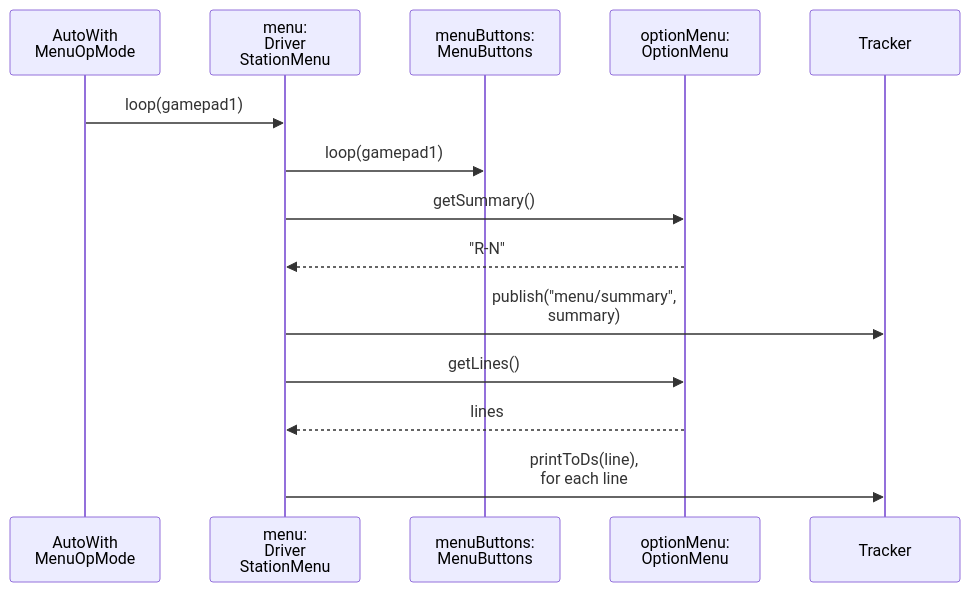
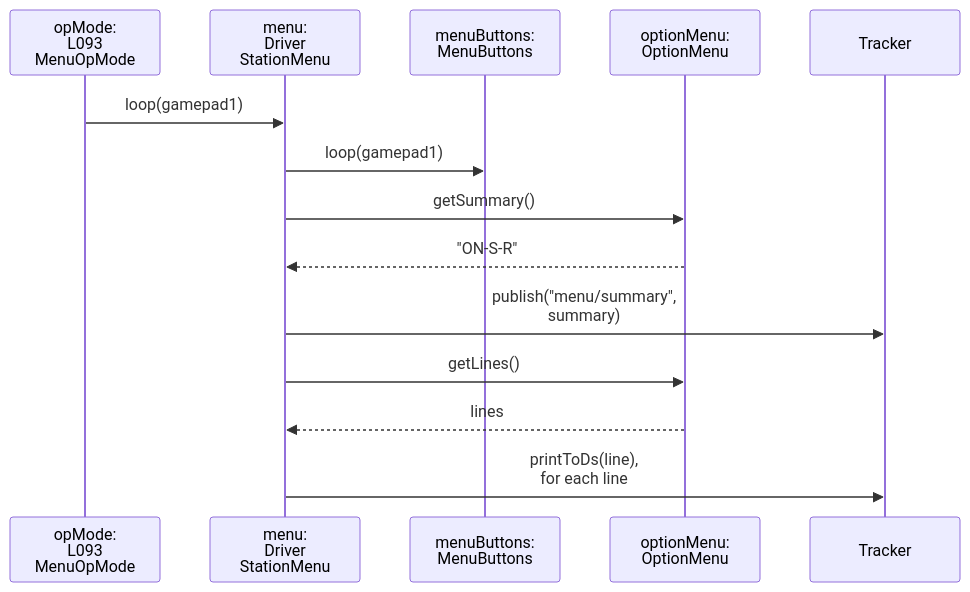
One commit to msb-stitt/ftc31459-26-27-biobuzz changed the diagram in book/tools/mermaid/fig-l093-ds-loop.mmd. Above: the diagram before and after it, drawn with Mermaid. The commit also changed 4 other files, not shown here.

Commit message:
WRITING.md: five rules from the audit of v0.3.0 to v0.4.0. L093's DriverStationMenu diagrams show L093MenuOpMode, not L135's AutoWithMenuOpMode, by the class diagram rule.

```diff
--- a/book/tools/mermaid/fig-l093-ds-loop.mmd
+++ b/book/tools/mermaid/fig-l093-ds-loop.mmd
@@ -1,14 +1,14 @@
 sequenceDiagram
-    participant OpMode as AutoWith<br/>MenuOpMode
+    participant OpMode as opMode:<br/>L093<br/>MenuOpMode
     participant DS as menu:<br/>Driver<br/>StationMenu
     participant Buttons as menuButtons:<br/>MenuButtons
     participant Menu as optionMenu:<br/>OptionMenu
     participant Tracker as Tracker
     OpMode->>DS: loop(gamepad1)
     DS->>Buttons: loop(gamepad1)
     DS->>Menu: getSummary()
-    Menu-->>DS: "R-N"
+    Menu-->>DS: "ON-S-R"
     DS->>Tracker: publish("menu/summary",<br/>summary)
     DS->>Menu: getLines()
     Menu-->>DS: lines
     DS->>Tracker: printToDs(line),<br/>for each line
```
